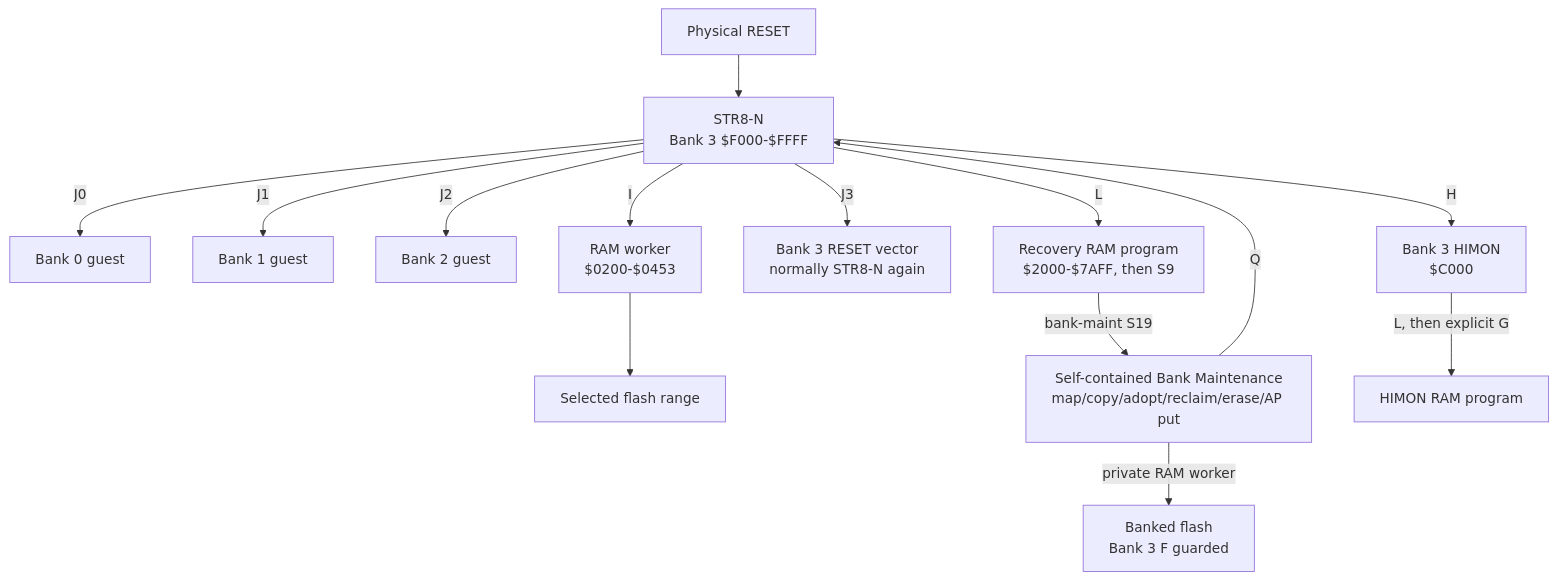
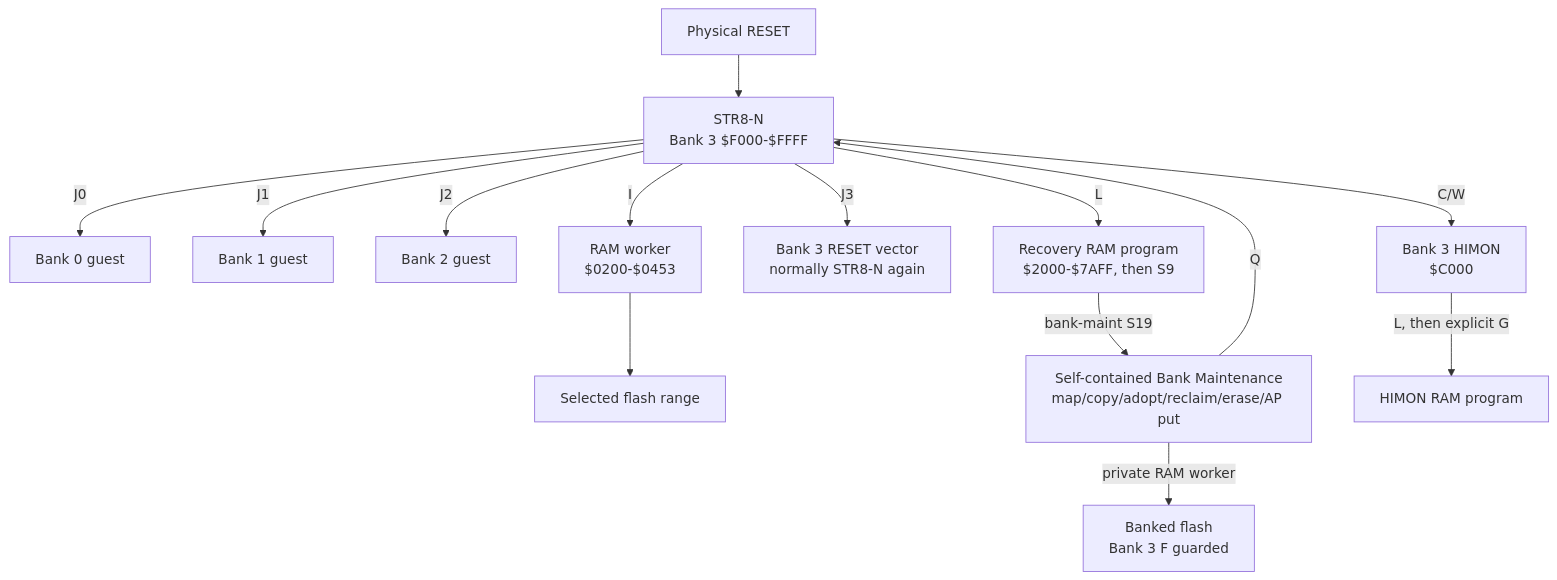
One commit to 95westus/STR8-N changed the first of 14 diagrams in docs/MAPS.md. Above: the diagram before and after it, drawn with Mermaid. The commit also changed other lines of this file and 10 other files, not shown here.

````diff
--- a/docs/MAPS.md
+++ b/docs/MAPS.md
@@ -7,16 +7,16 @@
 ```mermaid
 flowchart TB
     RESET[Physical RESET] --> S[STR8-N<br/>Bank 3 $F000-$FFFF]
     S -->|J0| B0[Bank 0 guest]
     S -->|J1| B1[Bank 1 guest]
     S -->|J2| B2[Bank 2 guest]
-    S -->|H| B3[Bank 3 HIMON<br/>$C000]
+    S -->|C/W| B3[Bank 3 HIMON<br/>$C000]
     S -->|J3| R3[Bank 3 RESET vector<br/>normally STR8-N again]
     S -->|I| W[RAM worker<br/>$0200-$0453]
     W --> FLASH[Selected flash range]
     S -->|L| RAM[Recovery RAM program<br/>$2000-$7AFF, then S9]
     RAM -->|bank-maint S19| BM[Self-contained Bank Maintenance<br/>map/copy/adopt/reclaim/erase/AP put]
     BM -->|private RAM worker| FLASH2[Banked flash<br/>Bank 3 F guarded]
     BM -->|Q| S
     B3 -->|L, then explicit G| RAM2[HIMON RAM program]
 ```
````
